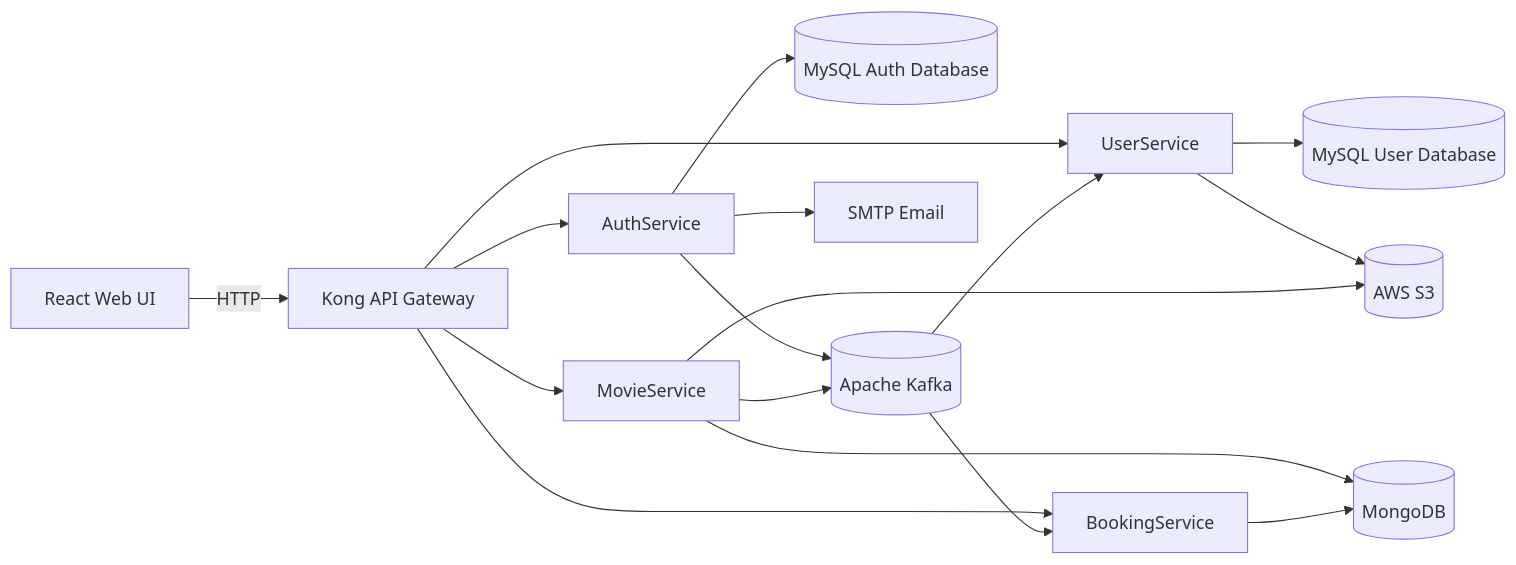
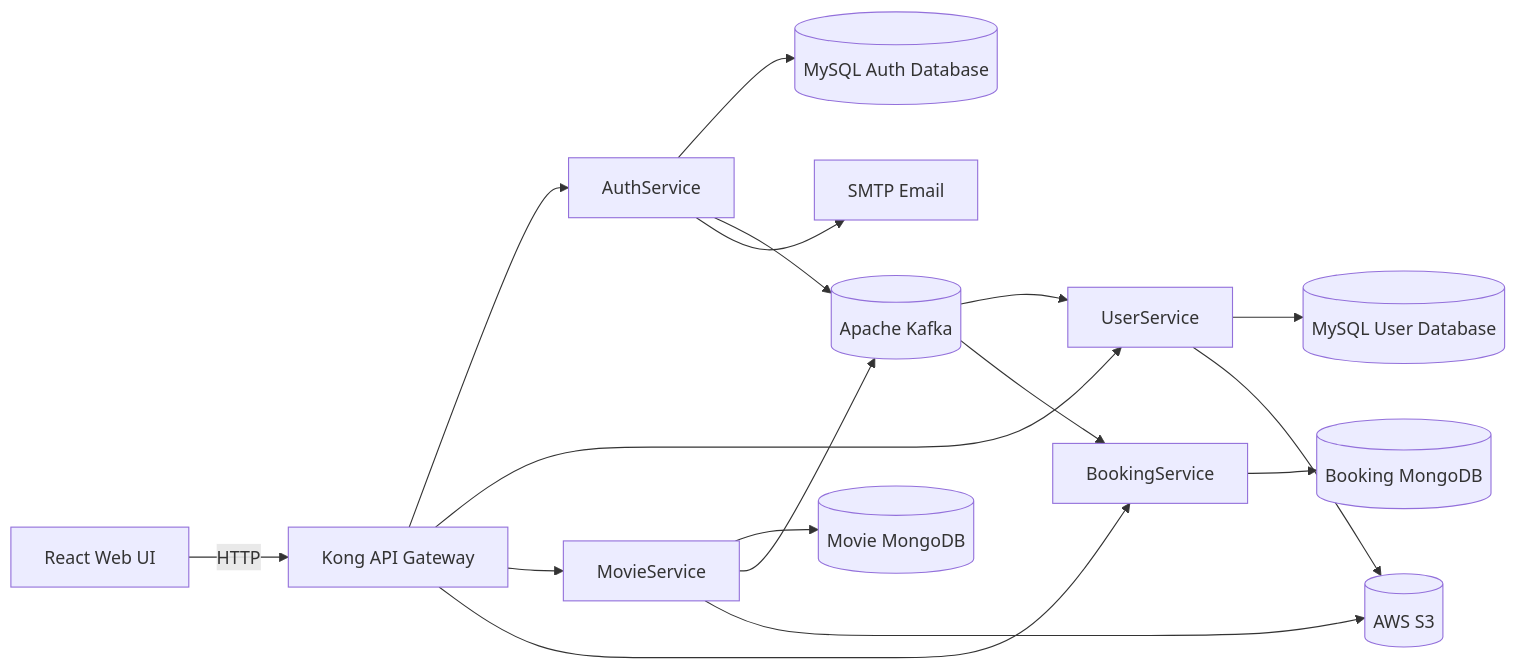
Before and after one commit to swarnadipdeb/Cinebook: the diagram in README.md, drawn with Mermaid. The commit also changed other lines of this file, not shown here.

Commit message:
Readme correction

````diff
--- a/README.md
+++ b/README.md
@@ -35,22 +35,22 @@
 ```mermaid
 flowchart LR
 	UI[React Web UI] -->|HTTP| Kong[Kong API Gateway]
 	Kong --> Auth[AuthService]
 	Kong --> User[UserService]
 	Kong --> Movie[MovieService]
 	Kong --> Booking[BookingService]
 
 	Auth --> AuthDB[(MySQL Auth Database)]
 	User --> UserDB[(MySQL User Database)]
-	Movie --> Mongo[(MongoDB)]
-	Booking --> Mongo
+	Movie --> MovieMongo[(Movie MongoDB)]
+	Booking --> BookingMongo[(Booking MongoDB)]
 
 	Auth --> Kafka[(Apache Kafka)]
 	Kafka --> User
 	Movie --> Kafka
 	Kafka --> Booking
 
 	Auth --> SMTP[SMTP Email]
 	User --> S3[(AWS S3)]
 	Movie --> S3
 ```
````
